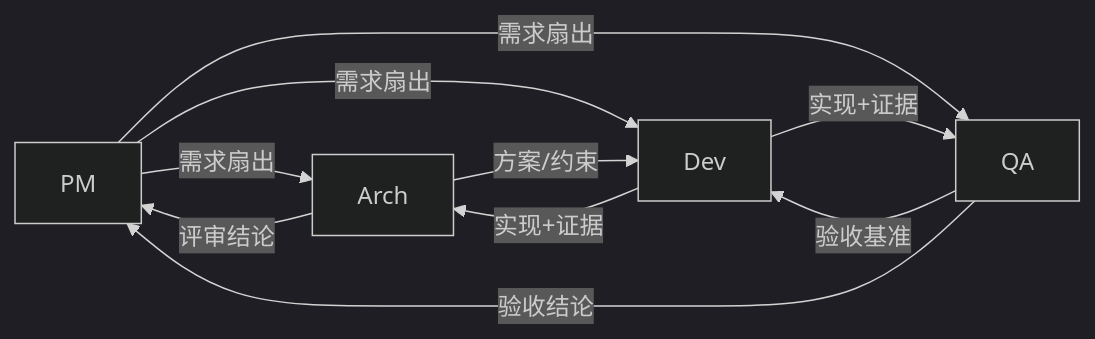
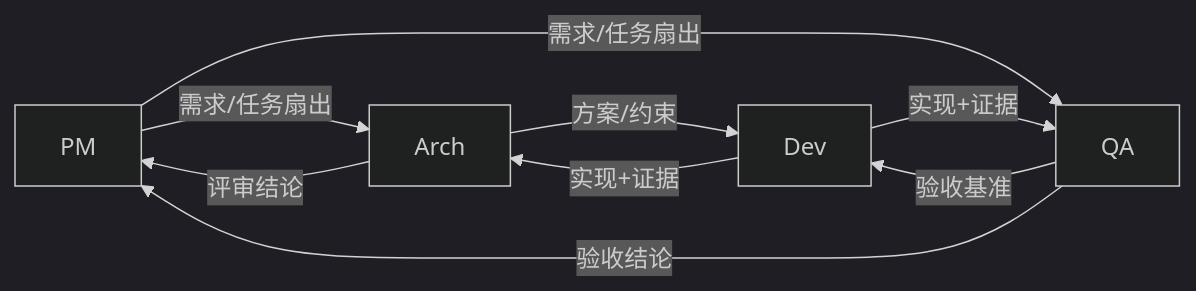
One commit to icylight/pi-tavern changed the second of 6 diagrams in README.md. Above: the diagram before and after it, drawn with Mermaid (dark theme). The commit also changed 1 other file, not shown here.

Commit message:
docs(readme): 软件研发拓扑修正——PM 扇出仅 Arch/QA、Dev 为汇聚点（Arch 对齐 User 原话，Dev 修正版）

````diff
--- a/README.md
+++ b/README.md
@@ -72,9 +72,9 @@
 ```mermaid
 flowchart LR
-    PM["PM"] -->|"需求扇出"| AR["Arch"] & QA["QA"] & DV["Dev"]
-    AR -->|"方案/约束"| DV
+    PM["PM"] -->|"需求/任务扇出"| AR["Arch"] & QA["QA"]
+    AR -->|"方案/约束"| DV["Dev"]
     QA -->|"验收基准"| DV
     DV -->|"实现+证据"| AR & QA
     AR -->|"评审结论"| PM
     QA -->|"验收结论"| PM
 ```
````
